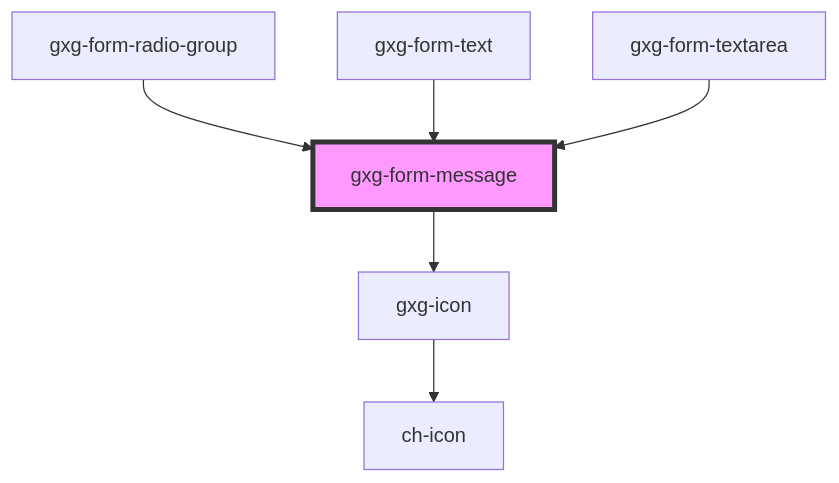
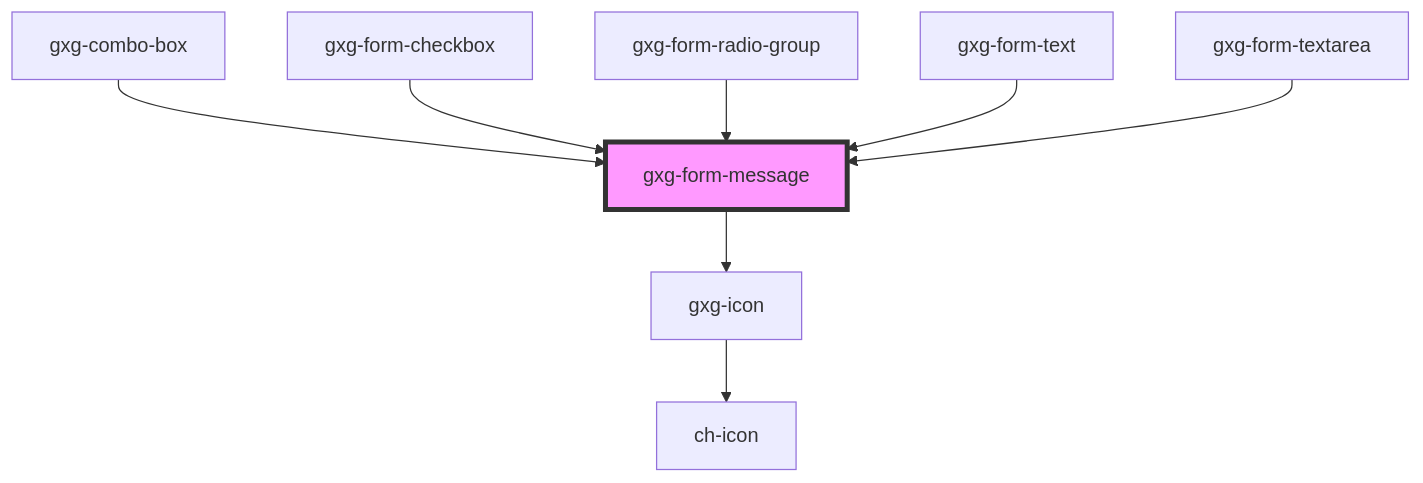
One commit to genexuslabs/gemini changed the diagram in src/components/form-message/readme.md. Above: the diagram before and after it, drawn with Mermaid. The commit also changed other lines of this file and 33 other files, not shown here.

````diff
--- a/src/components/form-message/readme.md
+++ b/src/components/form-message/readme.md
@@ -30,9 +32,11 @@
 ```mermaid
 graph TD;
   gxg-form-message --> gxg-icon
   gxg-icon --> ch-icon
+  gxg-combo-box --> gxg-form-message
+  gxg-form-checkbox --> gxg-form-message
   gxg-form-radio-group --> gxg-form-message
   gxg-form-text --> gxg-form-message
   gxg-form-textarea --> gxg-form-message
   style gxg-form-message fill:#f9f,stroke:#333,stroke-width:4px
 ```
````
